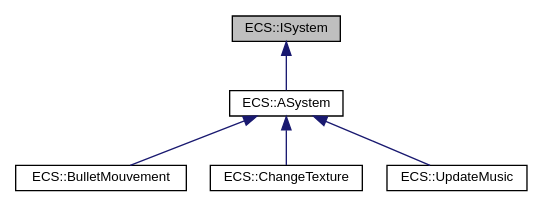
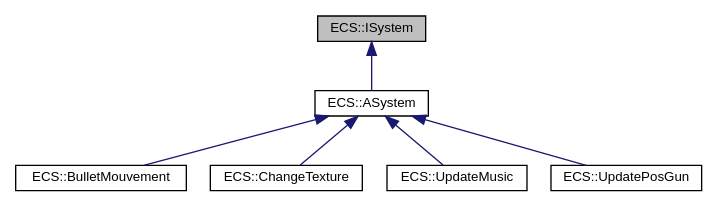
Before and after one commit to TerryMazzoni/RTypeMirror: the diagram in classECS_1_1ISystem__inherit__graph.dot, drawn with Graphviz. The commit also changed 85 other files, not shown here.

```diff
--- a/classECS_1_1ISystem__inherit__graph.dot
+++ b/classECS_1_1ISystem__inherit__graph.dot
@@ -1,15 +1,17 @@
 digraph "ECS::ISystem"
 {
  // LATEX_PDF_SIZE
   edge [fontname="Helvetica",fontsize="10",labelfontname="Helvetica",labelfontsize="10"];
   node [fontname="Helvetica",fontsize="10",shape=record];
   Node1 [label="ECS::ISystem",height=0.2,width=0.4,color="black", fillcolor="grey75", style="filled", fontcolor="black",tooltip=" "];
   Node1 -> Node2 [dir="back",color="midnightblue",fontsize="10",style="solid",fontname="Helvetica"];
   Node2 [label="ECS::ASystem",height=0.2,width=0.4,color="black", fillcolor="white", style="filled",URL="$classECS_1_1ASystem.html",tooltip=" "];
   Node2 -> Node3 [dir="back",color="midnightblue",fontsize="10",style="solid",fontname="Helvetica"];
   Node3 [label="ECS::BulletMouvement",height=0.2,width=0.4,color="black", fillcolor="white", style="filled",URL="$classECS_1_1BulletMouvement.html",tooltip=" "];
   Node2 -> Node4 [dir="back",color="midnightblue",fontsize="10",style="solid",fontname="Helvetica"];
   Node4 [label="ECS::ChangeTexture",height=0.2,width=0.4,color="black", fillcolor="white", style="filled",URL="$classECS_1_1ChangeTexture.html",tooltip=" "];
   Node2 -> Node5 [dir="back",color="midnightblue",fontsize="10",style="solid",fontname="Helvetica"];
   Node5 [label="ECS::UpdateMusic",height=0.2,width=0.4,color="black", fillcolor="white", style="filled",URL="$classECS_1_1UpdateMusic.html",tooltip=" "];
+  Node2 -> Node6 [dir="back",color="midnightblue",fontsize="10",style="solid",fontname="Helvetica"];
+  Node6 [label="ECS::UpdatePosGun",height=0.2,width=0.4,color="black", fillcolor="white", style="filled",URL="$classECS_1_1UpdatePosGun.html",tooltip=" "];
 }
```
